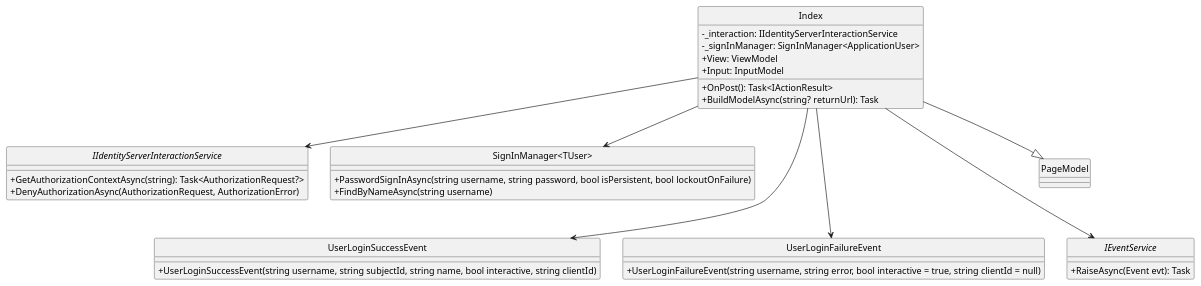
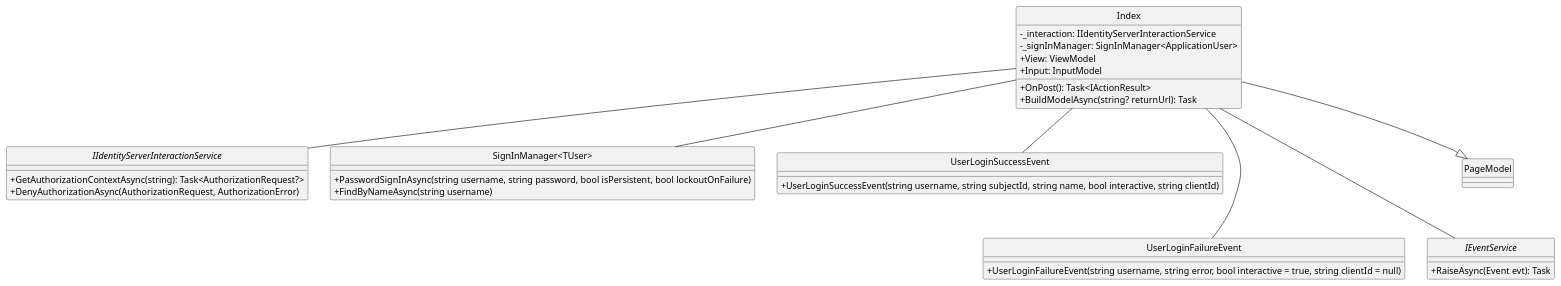
One commit to Carl-Johnsons/Chat-Application changed the diagram in docs/Class Diagram/Identity/Login/ClassDiagram.plantuml. Above: the diagram before and after it, drawn with PlantUML. The commit also changed 7 other files, not shown here.

```diff
--- a/docs/Class Diagram/Identity/Login/ClassDiagram.plantuml
+++ b/docs/Class Diagram/Identity/Login/ClassDiagram.plantuml
@@ -1,45 +1,45 @@
 @startuml Login
 hide circle
 skinparam classAttributeIconSize 0
 class Index{
     - _interaction: IIdentityServerInteractionService
     - _signInManager: SignInManager<ApplicationUser>
     + View: ViewModel
     + Input: InputModel
     + OnPost(): Task<IActionResult>
     + BuildModelAsync(string? returnUrl): Task 
 }
 
 interface IIdentityServerInteractionService{
     + GetAuthorizationContextAsync(string): Task<AuthorizationRequest?>
     + DenyAuthorizationAsync(AuthorizationRequest, AuthorizationError)
 }
 
 class "SignInManager<TUser>" {
     + PasswordSignInAsync(string username, string password, bool isPersistent, bool lockoutOnFailure)
     + FindByNameAsync(string username)
 }
 
 class UserLoginSuccessEvent{
     + UserLoginSuccessEvent(string username, string subjectId, string name, bool interactive, string clientId)
 }
 
 class UserLoginFailureEvent{
     + UserLoginFailureEvent(string username, string error, bool interactive = true, string clientId = null)
 }
 
 
 interface IEventService{
     + RaiseAsync(Event evt): Task
 }
 
 class PageModel
 
-Index --> IIdentityServerInteractionService
-Index --> "SignInManager<TUser>"
-Index ---> IEventService
-Index ---> UserLoginFailureEvent
-Index ---> UserLoginSuccessEvent
+Index -- IIdentityServerInteractionService
+Index -- "SignInManager<TUser>"
+Index --- IEventService
+Index --- UserLoginFailureEvent
+Index -- UserLoginSuccessEvent
 Index --|> PageModel
 
 @enduml
```
